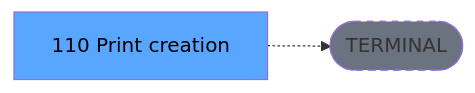
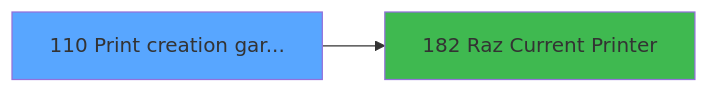
The third of 3 diagrams in .openspec/specs/ADH-IDE-110.md (thonyAGP/magic-migration), drawn with Mermaid before and after one commit. The commit also changed other lines of this file and 253 other files, not shown here.

````diff
--- a/.openspec/specs/ADH-IDE-110.md
+++ b/.openspec/specs/ADH-IDE-110.md
@@ -141,8 +606,8 @@
 ```mermaid
 graph LR
-    T[110 Print creation ]
-    TERM([TERMINAL])
-    T -.-> TERM
-    style TERM fill:#6b7280,stroke-dasharray: 5 5
-    style T fill:#58a6ff,color:#000
+    T110[110 Print creation gar...]
+    style T110 fill:#58a6ff
+    C182[182 Raz Current Printer]
+    T110 --> C182
+    style C182 fill:#3fb950
 ```
````
